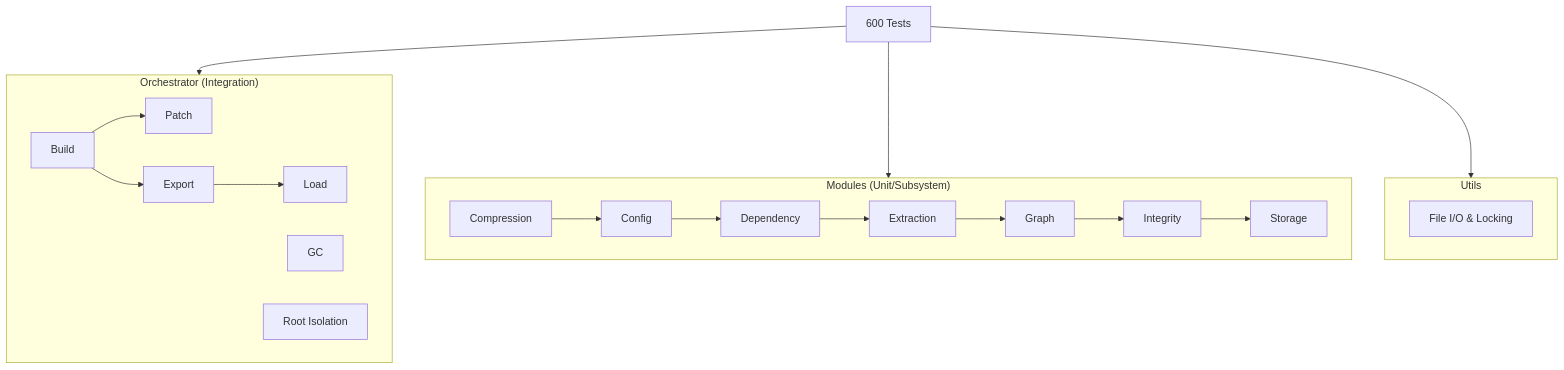
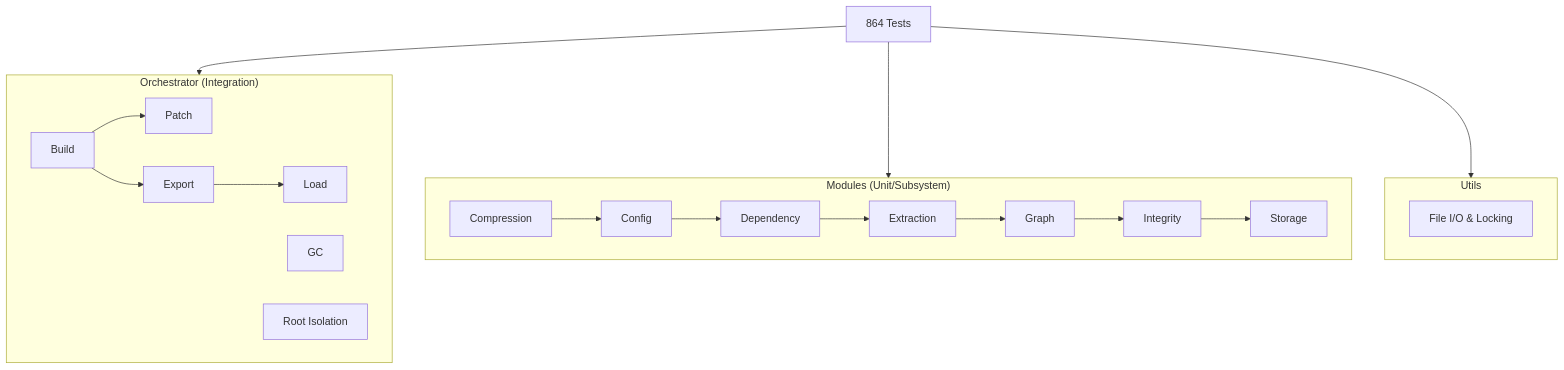
The diagram in docs-site/docs/tests/index.md (sageoz/Batho), drawn with Mermaid before and after one commit. The commit also changed other lines of this file and 5 other files, not shown here.

````diff
--- a/docs-site/docs/tests/index.md
+++ b/docs-site/docs/tests/index.md
@@ -47,24 +47,24 @@
 ```mermaid
 flowchart TB
     subgraph Orchestrator["Orchestrator (Integration)"]
         B[Build] --> P[Patch]
         B --> E[Export]
         E --> L[Load]
         G[GC]
         R[Root Isolation]
     end
     subgraph Modules["Modules (Unit/Subsystem)"]
         C[Compression] --> CO[Config]
         CO --> D[Dependency]
         D --> EX[Extraction]
         EX --> GR[Graph]
         GR --> I[Integrity]
         I --> S[Storage]
     end
     subgraph Utils["Utils"]
         U[File I/O & Locking]
     end
-    Suite[600 Tests] --> Orchestrator
+    Suite[864 Tests] --> Orchestrator
     Suite --> Modules
     Suite --> Utils
 ```
````
